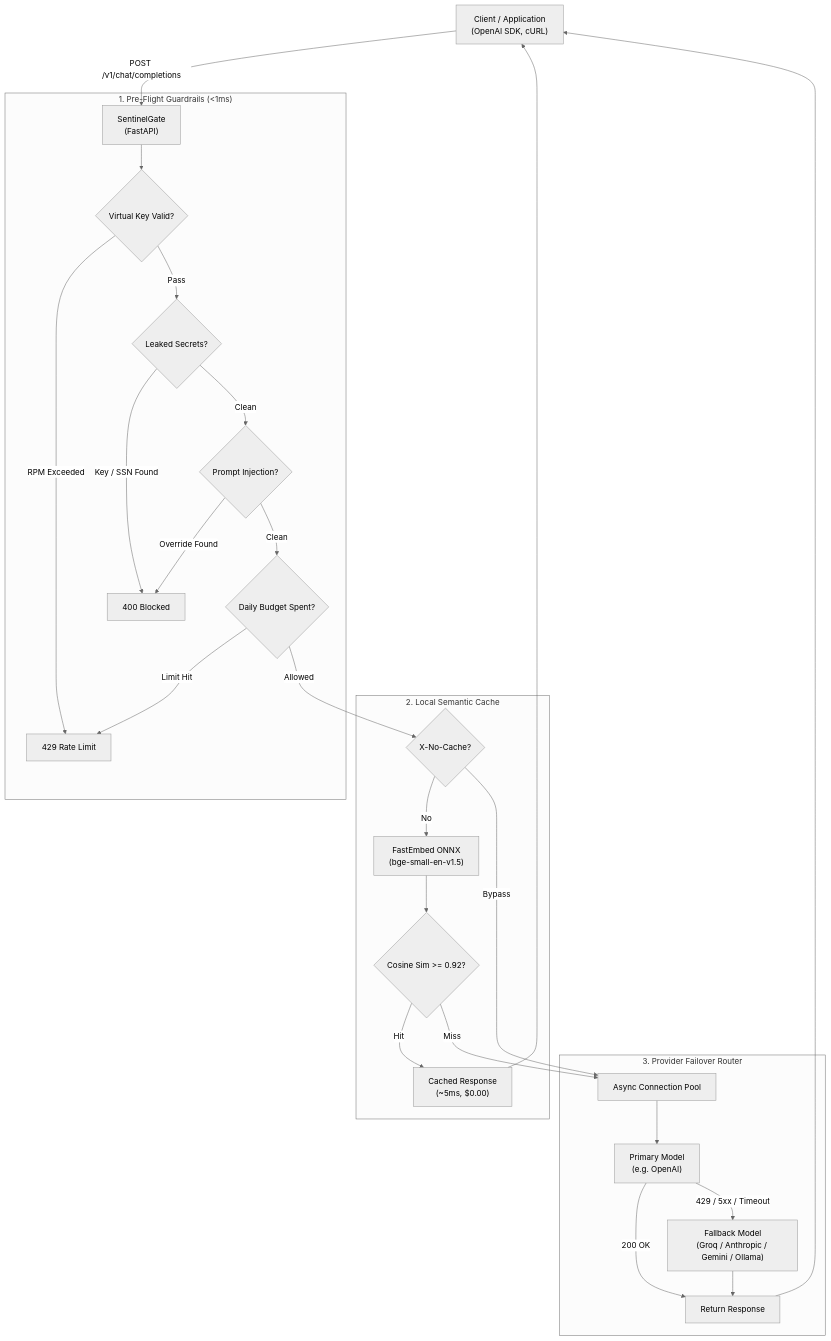
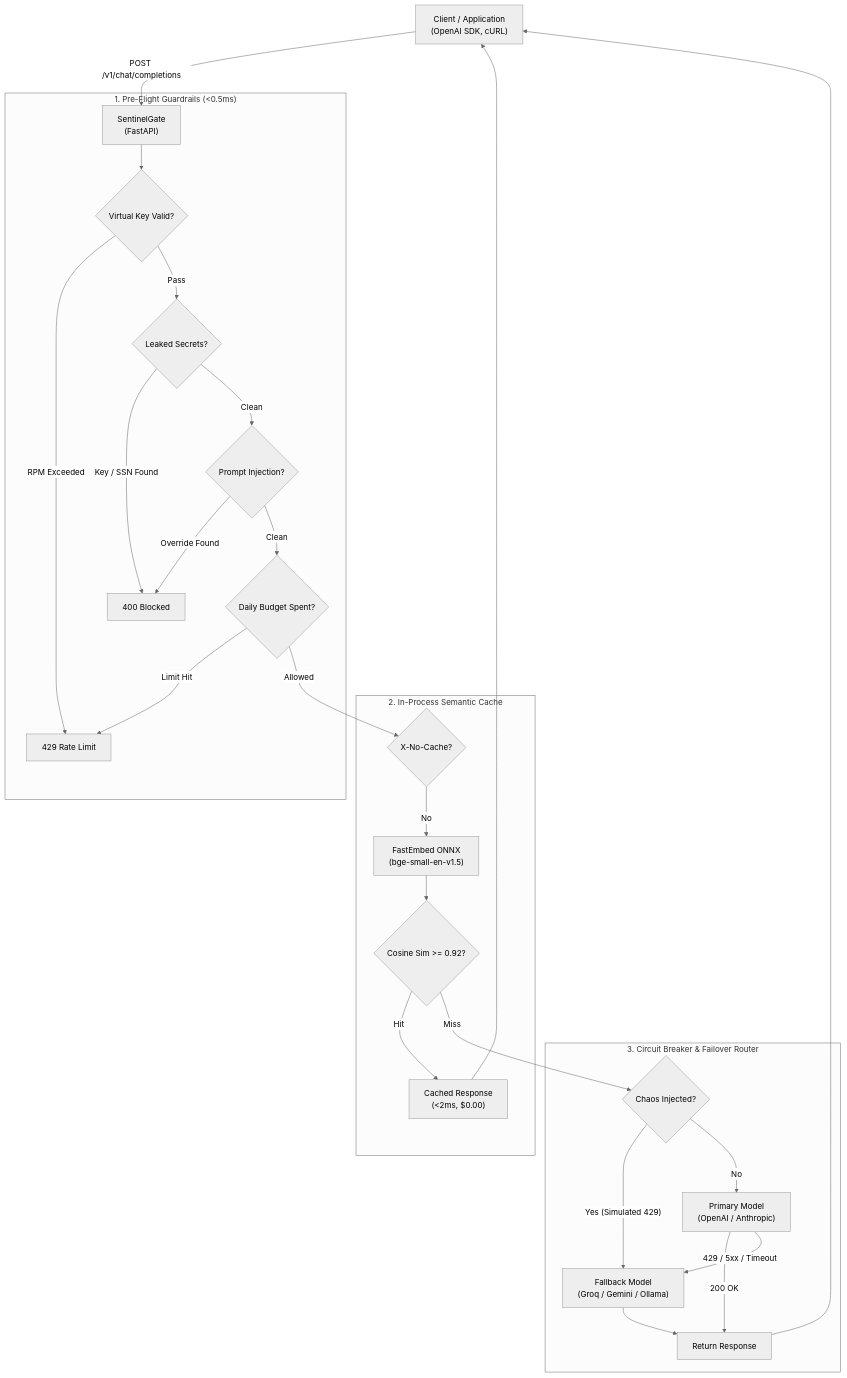
One commit to giridhar2005/sentinelgate changed the diagram in README.md. Above: the diagram before and after it, drawn with Mermaid (neutral theme). The commit also changed other lines of this file and 2 other files, not shown here.

Commit message:
docs: add ARCHITECTURE.md systems RFC and update README with unit economics ROI

````diff
--- a/README.md
+++ b/README.md
@@ -53,34 +74,34 @@
 ```mermaid
 flowchart TD
     Client["Client / Application\n(OpenAI SDK, cURL)"] -->|"POST /v1/chat/completions"| GW["SentinelGate\n(FastAPI)"]
 
-    subgraph Security ["1. Pre-Flight Guardrails (<1ms)"]
+    subgraph Security ["1. Pre-Flight Guardrails (<0.5ms)"]
         GW --> KeyCheck{"Virtual Key Valid?"}
         KeyCheck -->|"RPM Exceeded"| R429["429 Rate Limit"]
         KeyCheck -->|"Pass"| SecretCheck{"Leaked Secrets?"}
         SecretCheck -->|"Key / SSN Found"| R400["400 Blocked"]
         SecretCheck -->|"Clean"| InjectCheck{"Prompt Injection?"}
         InjectCheck -->|"Override Found"| R400
         InjectCheck -->|"Clean"| BudgetCheck{"Daily Budget Spent?"}
         BudgetCheck -->|"Limit Hit"| R429
     end
 
-    subgraph Caching ["2. Local Semantic Cache"]
+    subgraph Caching ["2. In-Process Semantic Cache"]
         BudgetCheck -->|"Allowed"| CacheCheck{"X-No-Cache?"}
         CacheCheck -->|"No"| FastEmbed["FastEmbed ONNX\n(bge-small-en-v1.5)"]
         FastEmbed --> Cosine{"Cosine Sim >= 0.92?"}
-        Cosine -->|"Hit"| CacheHit["Cached Response\n(~5ms, $0.00)"]
+        Cosine -->|"Hit"| CacheHit["Cached Response\n(<2ms, $0.00)"]
     end
 
-    subgraph Routing ["3. Provider Failover Router"]
-        Cosine -->|"Miss"| UpstreamPool["Async Connection Pool"]
-        CacheCheck -->|"Bypass"| UpstreamPool
-        UpstreamPool --> PrimaryCall["Primary Model\n(e.g. OpenAI)"]
+    subgraph Routing ["3. Circuit Breaker & Failover Router"]
+        Cosine -->|"Miss"| ChaosCheck{"Chaos Injected?"}
+        ChaosCheck -->|"Yes (Simulated 429)"| FallbackCall["Fallback Model\n(Groq / Gemini / Ollama)"]
+        ChaosCheck -->|"No"| PrimaryCall["Primary Model\n(OpenAI / Anthropic)"]
         PrimaryCall -->|"200 OK"| ReturnResponse["Return Response"]
-        PrimaryCall -->|"429 / 5xx / Timeout"| FallbackCall["Fallback Model\n(Groq / Anthropic / Gemini / Ollama)"]
+        PrimaryCall -->|"429 / 5xx / Timeout"| FallbackCall
         FallbackCall --> ReturnResponse
     end
 
     ReturnResponse --> Client
     CacheHit --> Client
 ```
````
